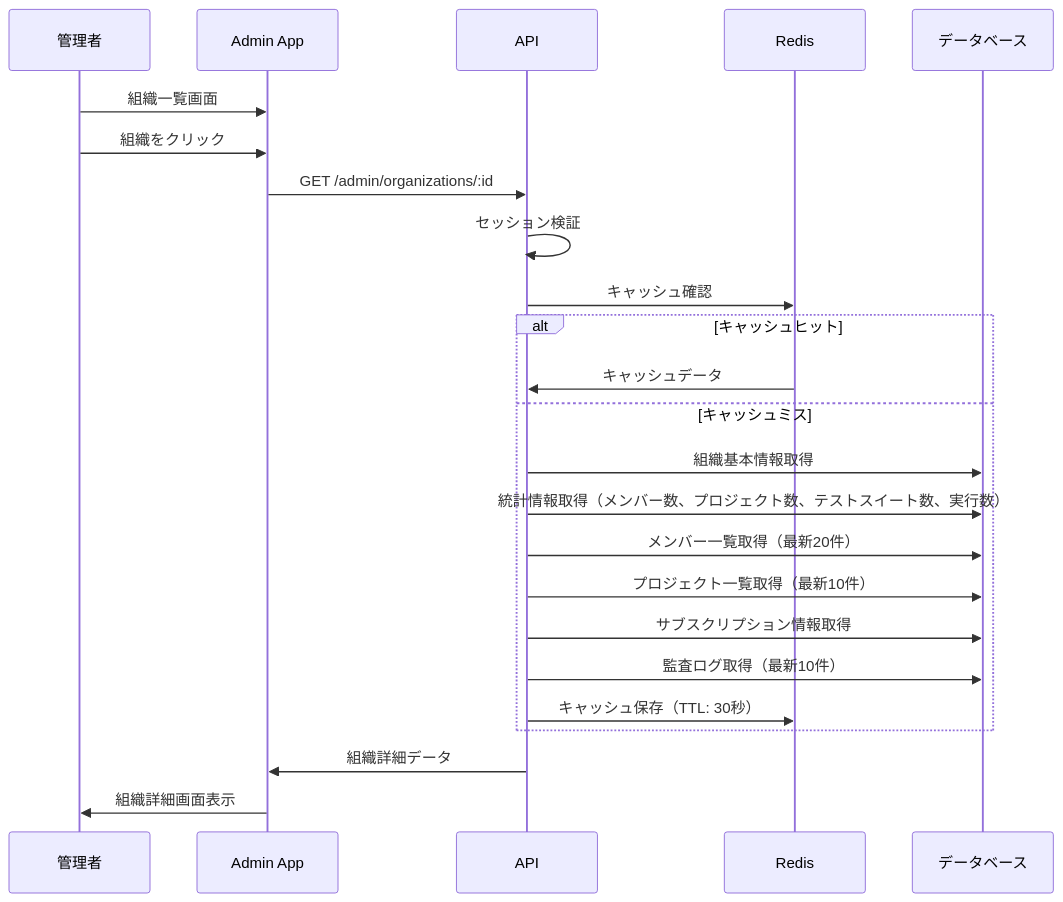
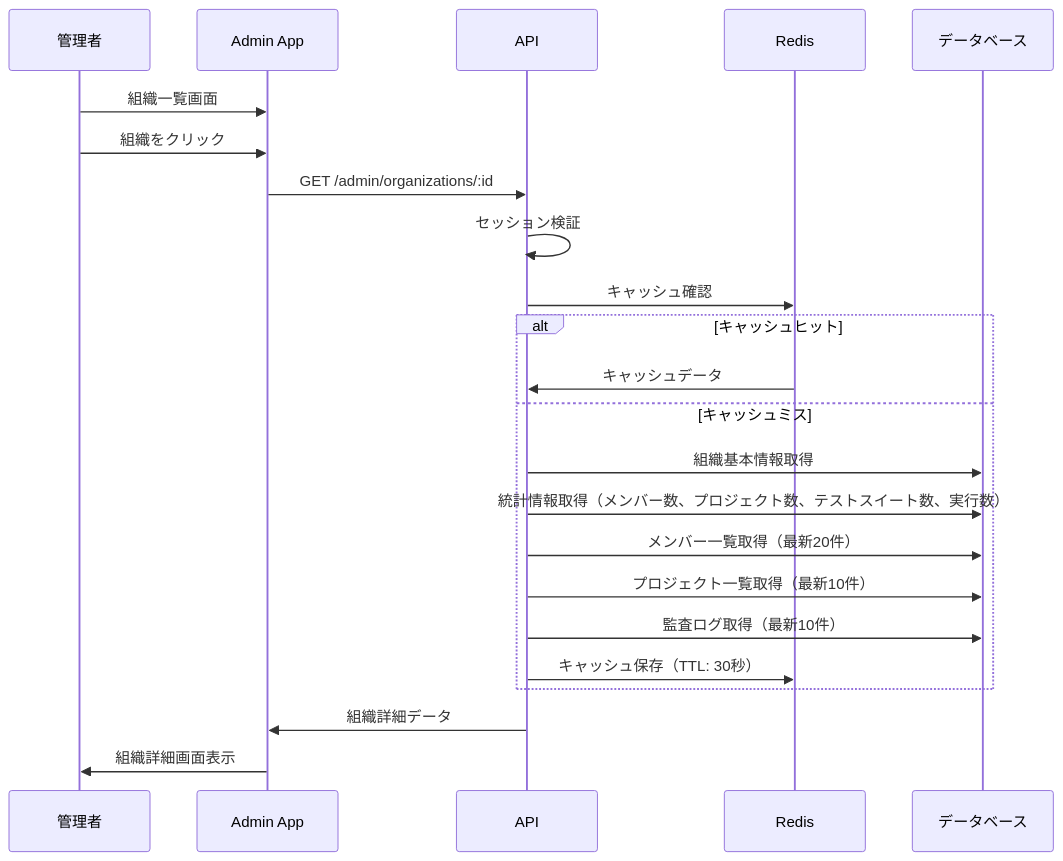
The fifth of 7 diagrams in docs/architecture/features/admin-system.md (tsutsumi389/agentest), drawn with Mermaid before and after one commit. The commit also changed other lines of this file and 216 other files, not shown here.

````diff
--- a/docs/architecture/features/admin-system.md
+++ b/docs/architecture/features/admin-system.md
@@ -246,27 +242,26 @@
 ```mermaid
 sequenceDiagram
     participant A as 管理者
     participant F as Admin App
     participant B as API
     participant Cache as Redis
     participant DB as データベース
 
     A->>F: 組織一覧画面
     A->>F: 組織をクリック
     F->>B: GET /admin/organizations/:id
     B->>B: セッション検証
     B->>Cache: キャッシュ確認
     alt キャッシュヒット
         Cache->>B: キャッシュデータ
     else キャッシュミス
         B->>DB: 組織基本情報取得
         B->>DB: 統計情報取得（メンバー数、プロジェクト数、テストスイート数、実行数）
         B->>DB: メンバー一覧取得（最新20件）
         B->>DB: プロジェクト一覧取得（最新10件）
-        B->>DB: サブスクリプション情報取得
         B->>DB: 監査ログ取得（最新10件）
         B->>Cache: キャッシュ保存（TTL: 30秒）
     end
     B->>F: 組織詳細データ
     F->>A: 組織詳細画面表示
 ```
````
